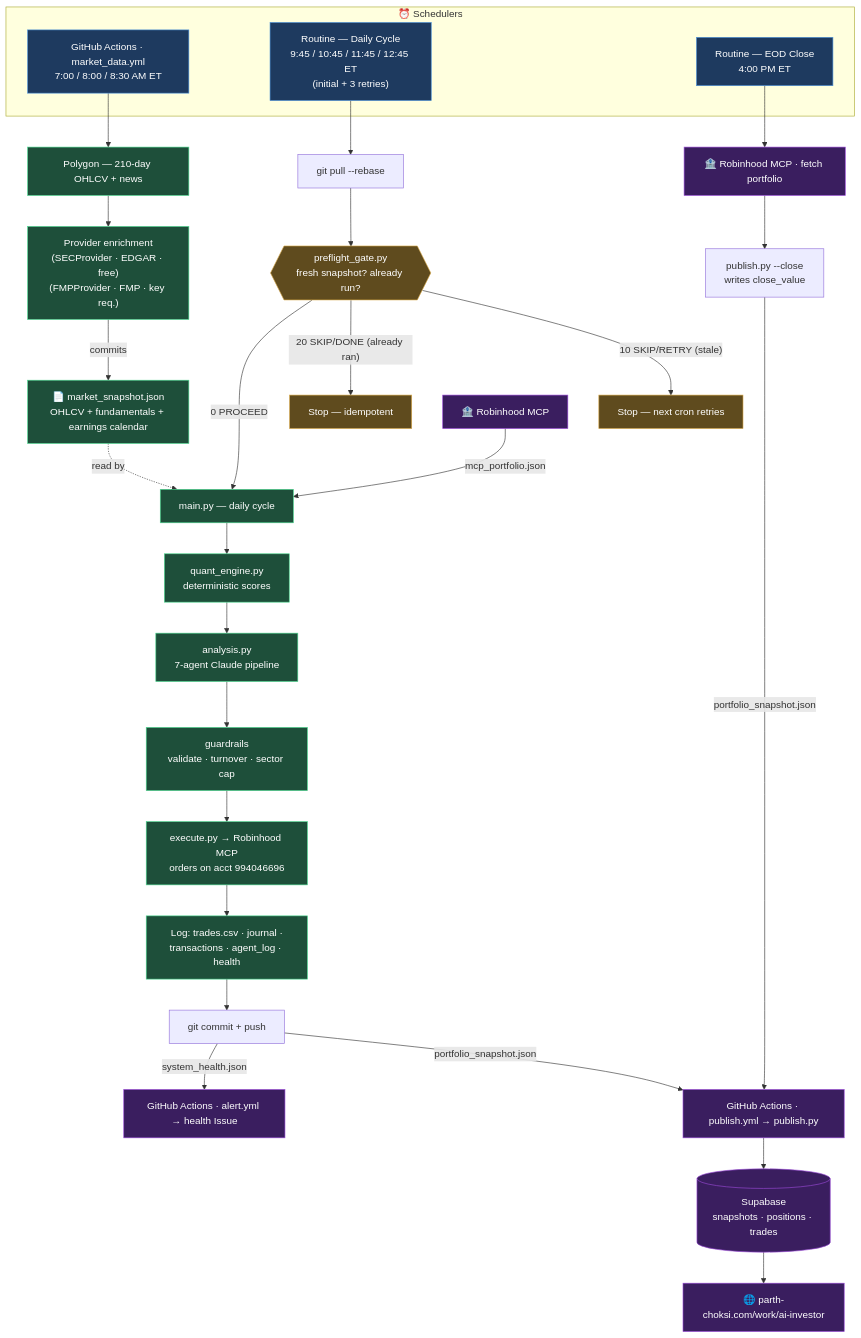
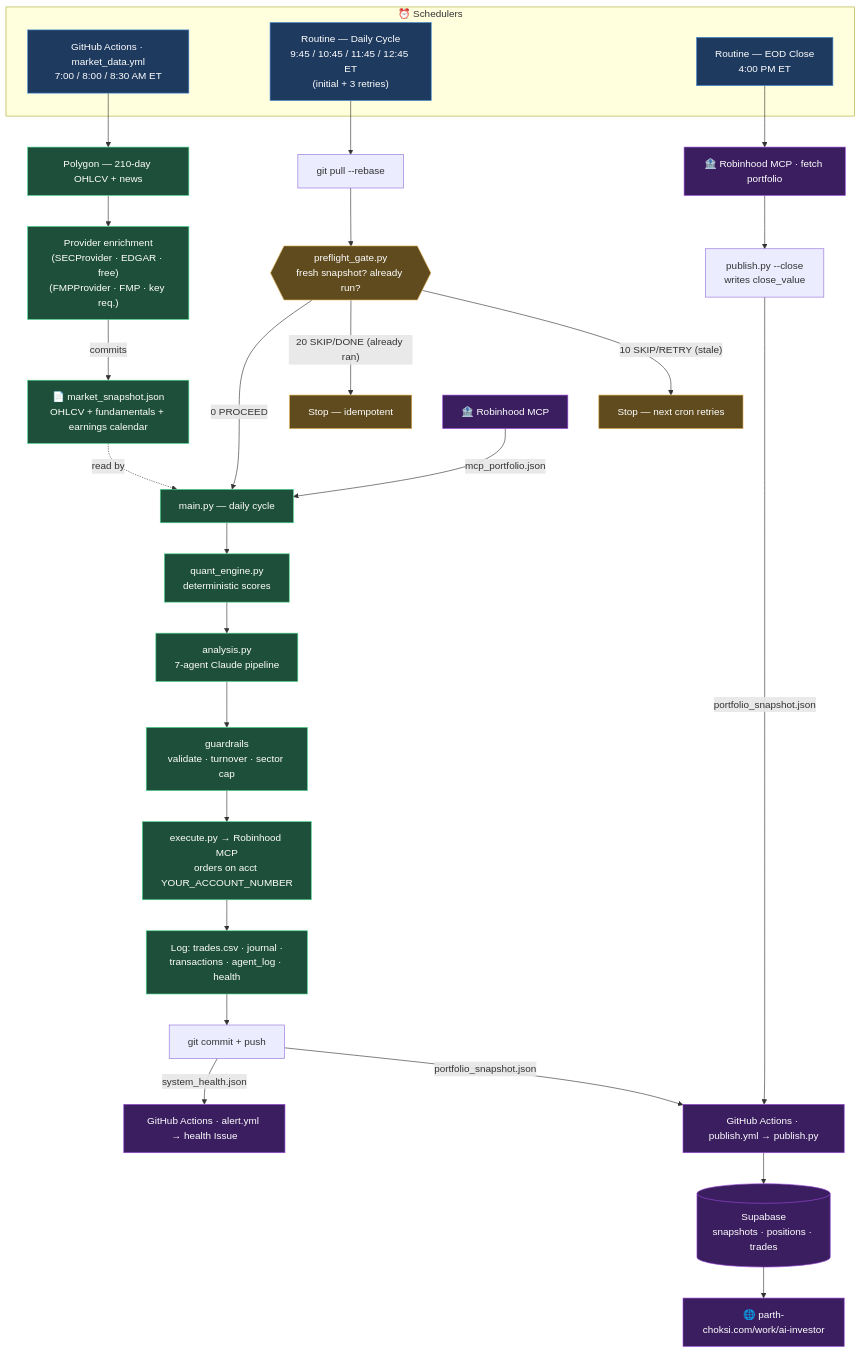
One commit to parthchoksi7/ai-investor changed the first of 2 diagrams in ARCHITECTURE_DIAGRAMS.md. Above: the diagram before and after it, drawn with Mermaid. The commit also changed 6 other files, not shown here.

First line of the commit message:
chore: redact account number + add technical paper draft

````diff
--- a/ARCHITECTURE_DIAGRAMS.md
+++ b/ARCHITECTURE_DIAGRAMS.md
@@ -12,47 +12,47 @@
 ```mermaid
 flowchart TB
     subgraph SCHED["⏰ Schedulers"]
         GHA["GitHub Actions · market_data.yml<br/>7:00 / 8:00 / 8:30 AM ET"]
         DAILY["Routine — Daily Cycle<br/>9:45 / 10:45 / 11:45 / 12:45 ET<br/>(initial + 3 retries)"]
         EOD["Routine — EOD Close<br/>4:00 PM ET"]
     end
 
     GHA --> POLY["Polygon — 210-day OHLCV + news"]
     POLY --> ENRICH["Provider enrichment<br/>(SECProvider · EDGAR · free)<br/>(FMPProvider · FMP · key req.)"]
     ENRICH -->|"commits"| SNAP["📄 market_snapshot.json<br/>OHLCV + fundamentals + earnings calendar"]
 
     DAILY --> PULL["git pull --rebase"]
     PULL --> GATE{{"preflight_gate.py<br/>fresh snapshot? already run?"}}
     GATE -->|"10 SKIP/RETRY (stale)"| STOP1["Stop — next cron retries"]
     GATE -->|"20 SKIP/DONE (already ran)"| STOP2["Stop — idempotent"]
     GATE -->|"0 PROCEED"| MAIN["main.py — daily cycle"]
 
     SNAP -.->|"read by"| MAIN
     MCP1["🏦 Robinhood MCP"] -->|"mcp_portfolio.json"| MAIN
 
     MAIN --> QUANT["quant_engine.py<br/>deterministic scores"]
     QUANT --> AGENTS["analysis.py<br/>7-agent Claude pipeline"]
     AGENTS --> GUARD["guardrails<br/>validate · turnover · sector cap"]
-    GUARD --> EXEC["execute.py → Robinhood MCP<br/>orders on acct 994046696"]
+    GUARD --> EXEC["execute.py → Robinhood MCP<br/>orders on acct YOUR_ACCOUNT_NUMBER"]
     EXEC --> LOG["Log: trades.csv · journal ·<br/>transactions · agent_log · health"]
     LOG --> PUSH["git commit + push"]
 
     PUSH -->|"portfolio_snapshot.json"| PUB["GitHub Actions · publish.yml → publish.py"]
     PUSH -->|"system_health.json"| ALERT["GitHub Actions · alert.yml → health Issue"]
     PUB --> SUPA[("Supabase<br/>snapshots · positions · trades")]
     SUPA --> WEB["🌐 parth-choksi.com/work/ai-investor"]
 
     EOD --> MCP2["🏦 Robinhood MCP · fetch portfolio"]
     MCP2 --> CLOSE["publish.py --close<br/>writes close_value"]
     CLOSE -->|"portfolio_snapshot.json"| PUB
 
     classDef sched fill:#1e3a5f,stroke:#4a90d9,color:#fff
     classDef gate fill:#5f4b1e,stroke:#d9a94a,color:#fff
     classDef core fill:#1e4f3a,stroke:#4ad98f,color:#fff
     classDef ext fill:#3a1e5f,stroke:#9a4ad9,color:#fff
     class GHA,DAILY,EOD sched
     class GATE,STOP1,STOP2 gate
     class MAIN,QUANT,AGENTS,GUARD,EXEC,LOG core
     class POLY,ENRICH,SNAP core
     class PUB,ALERT,SUPA,WEB,MCP1,MCP2 ext
 ```
````
